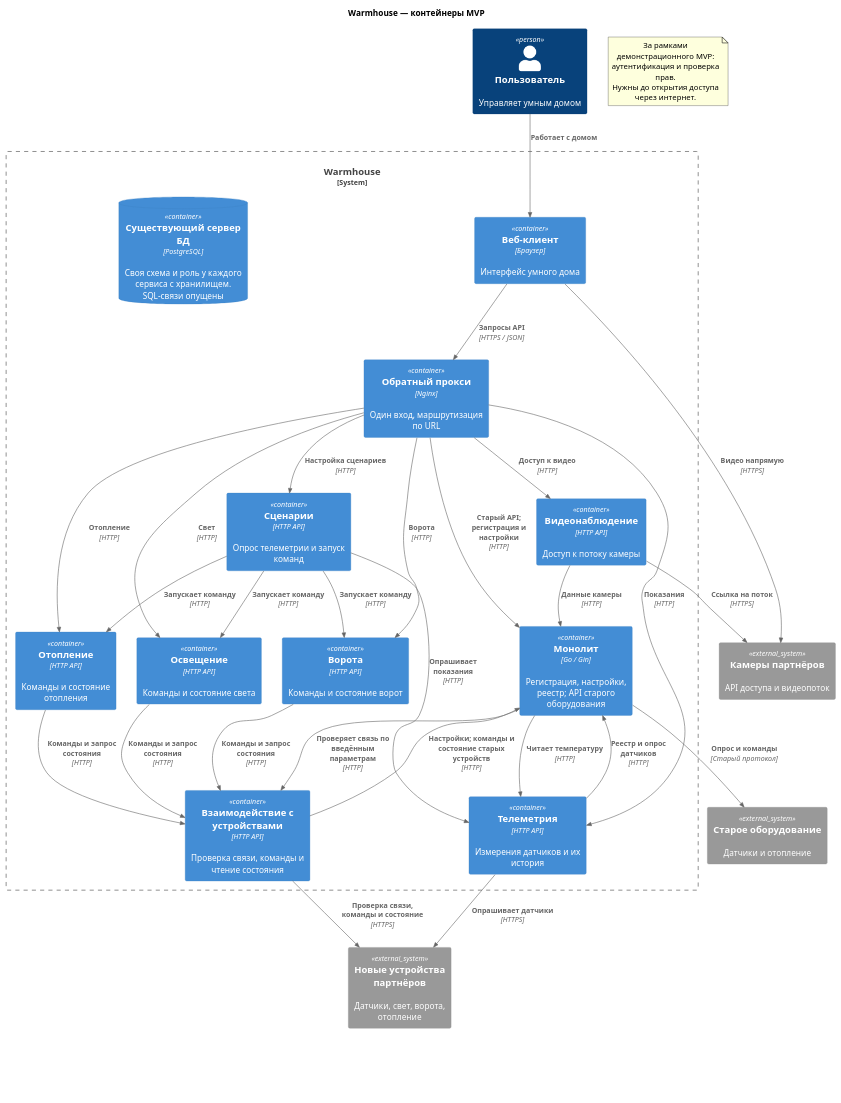
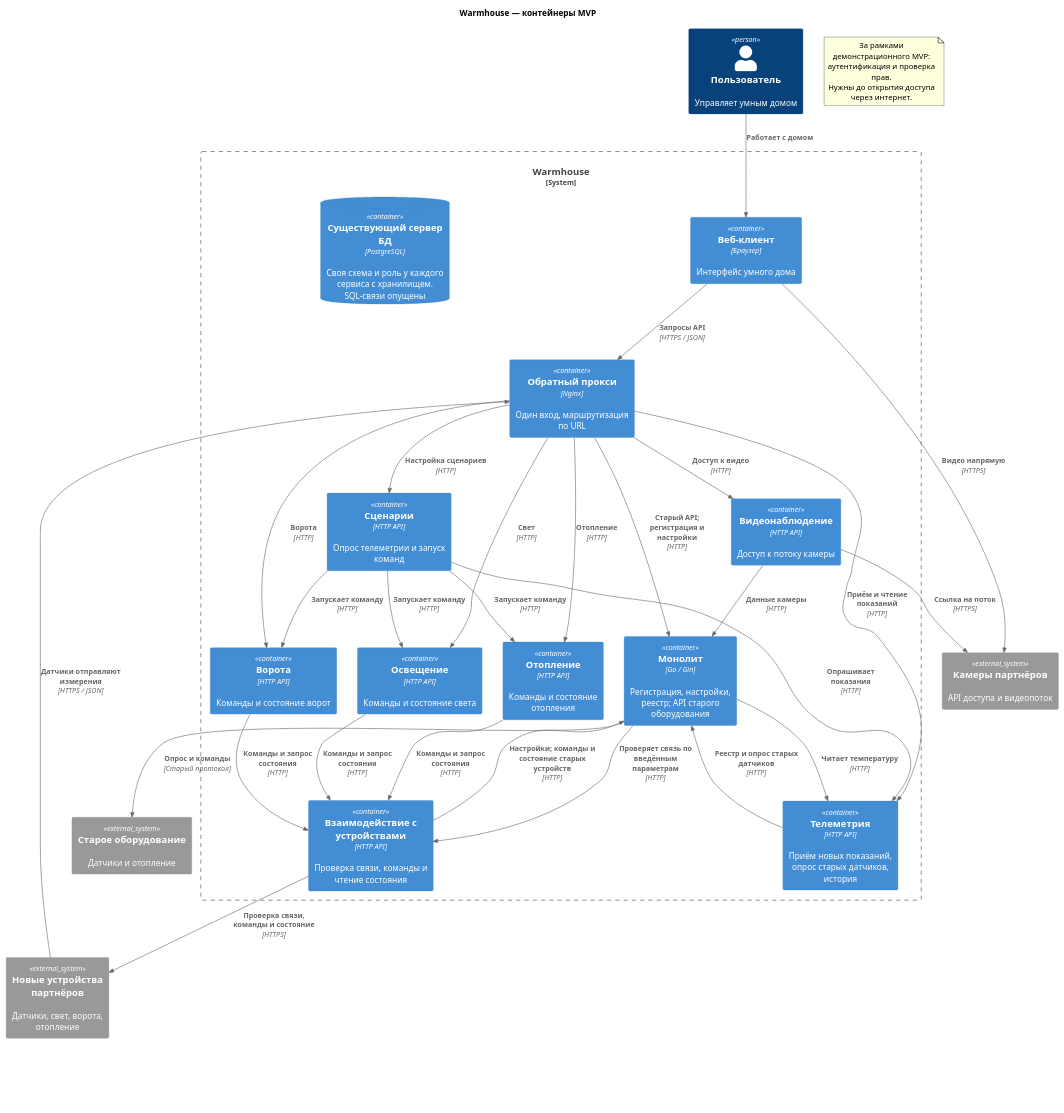
Before and after one commit to AndyMcFishka/architecture-pro-warmhouse: the diagram in diagrams/to-be-containers.puml, drawn with PlantUML. The commit also changed 1 other file, not shown here.

Commit message:
Use HTTP push telemetry for new sensors

```diff
--- a/diagrams/to-be-containers.puml
+++ b/diagrams/to-be-containers.puml
@@ -1,69 +1,69 @@
 @startuml
 !include <C4/C4_Container>
 
 title Warmhouse — контейнеры MVP
 LAYOUT_TOP_DOWN()
 
 Person(user, "Пользователь", "Управляет умным домом")
 
 System_Boundary(platform, "Warmhouse") {
     Container(web, "Веб-клиент", "Браузер", "Интерфейс умного дома")
     Container(proxy, "Обратный прокси", "Nginx", "Один вход, маршрутизация по URL")
     Container(monolith, "Монолит", "Go / Gin", "Регистрация, настройки, реестр; API старого оборудования")
     Container(connectivity, "Взаимодействие с устройствами", "HTTP API", "Проверка связи, команды и чтение состояния")
-    Container(telemetry, "Телеметрия", "HTTP API", "Измерения датчиков и их история")
+    Container(telemetry, "Телеметрия", "HTTP API", "Приём новых показаний, опрос старых датчиков, история")
     Container(heating, "Отопление", "HTTP API", "Команды и состояние отопления")
     Container(lighting, "Освещение", "HTTP API", "Команды и состояние света")
     Container(gates, "Ворота", "HTTP API", "Команды и состояние ворот")
     Container(video, "Видеонаблюдение", "HTTP API", "Доступ к потоку камеры")
     Container(rules, "Сценарии", "HTTP API", "Опрос телеметрии и запуск команд")
     ContainerDb(db, "Существующий сервер БД", "PostgreSQL", "Своя схема и роль у каждого сервиса с хранилищем. SQL-связи опущены")
 }
 
 System_Ext(legacy, "Старое оборудование", "Датчики и отопление")
 System_Ext(equipment, "Новые устройства партнёров", "Датчики, свет, ворота, отопление")
 System_Ext(camera, "Камеры партнёров", "API доступа и видеопоток")
 
 Rel(user, web, "Работает с домом")
 Rel(web, proxy, "Запросы API", "HTTPS / JSON")
 Rel(proxy, monolith, "Старый API; регистрация и настройки", "HTTP")
-Rel(proxy, telemetry, "Показания", "HTTP")
+Rel(proxy, telemetry, "Приём и чтение показаний", "HTTP")
 Rel(proxy, heating, "Отопление", "HTTP")
 Rel(proxy, lighting, "Свет", "HTTP")
 Rel(proxy, gates, "Ворота", "HTTP")
 Rel(proxy, video, "Доступ к видео", "HTTP")
 Rel(proxy, rules, "Настройка сценариев", "HTTP")
 
 Rel(monolith, telemetry, "Читает температуру", "HTTP")
 Rel(connectivity, monolith, "Настройки; команды и состояние старых устройств", "HTTP")
 Rel(monolith, connectivity, "Проверяет связь по введённым параметрам", "HTTP")
-Rel(telemetry, monolith, "Реестр и опрос датчиков", "HTTP")
+Rel(telemetry, monolith, "Реестр и опрос старых датчиков", "HTTP")
 Rel(monolith, legacy, "Опрос и команды", "Старый протокол")
-Rel(telemetry, equipment, "Опрашивает датчики", "HTTPS")
+Rel(equipment, proxy, "Датчики отправляют измерения", "HTTPS / JSON")
 Rel(heating, connectivity, "Команды и запрос состояния", "HTTP")
 Rel(lighting, connectivity, "Команды и запрос состояния", "HTTP")
 Rel(gates, connectivity, "Команды и запрос состояния", "HTTP")
 Rel(connectivity, equipment, "Проверка связи, команды и состояние", "HTTPS")
 Rel(video, monolith, "Данные камеры", "HTTP")
 Rel(video, camera, "Ссылка на поток", "HTTPS")
 Rel(web, camera, "Видео напрямую", "HTTPS")
 Rel(rules, telemetry, "Опрашивает показания", "HTTP")
 Rel(rules, heating, "Запускает команду", "HTTP")
 Rel(rules, lighting, "Запускает команду", "HTTP")
 Rel(rules, gates, "Запускает команду", "HTTP")
 
 
 note as auth_scope
   За рамками демонстрационного MVP:
   аутентификация и проверка прав.
   Нужны до открытия доступа через интернет.
 end note
 
 legend bottom
   Межсервисные вызовы — HTTP, без брокера.
   SQL-связи опущены для читаемости.
   Сценарии реагируют только на измерения датчиков.
   Ответы на запросы состояния возвращаются по тем же HTTP-вызовам.
   Проект демонстрационного MVP, запуск в изолированной среде.
 endlegend
 @enduml
```
